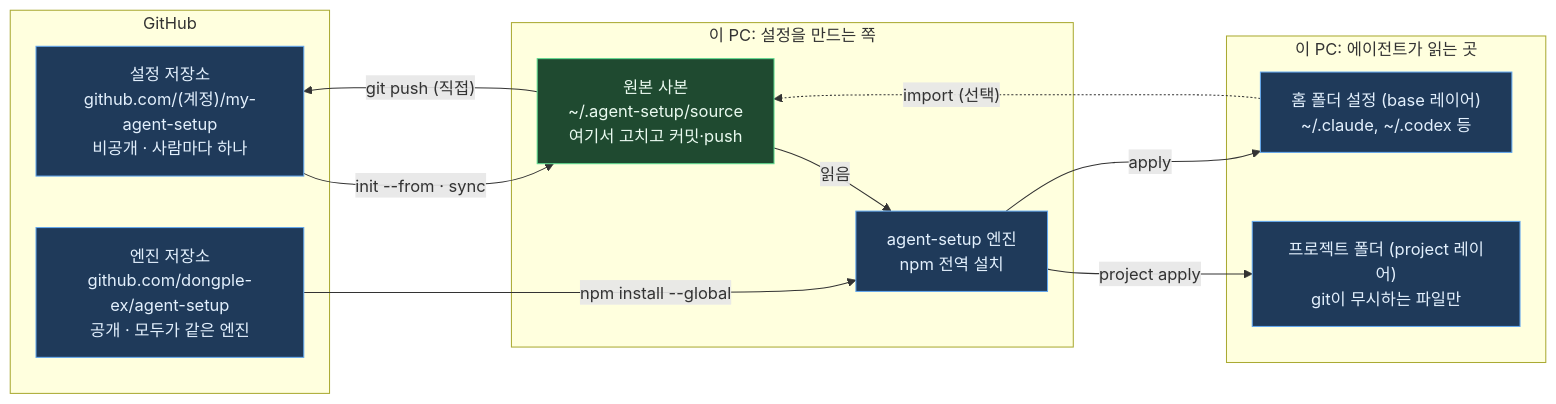
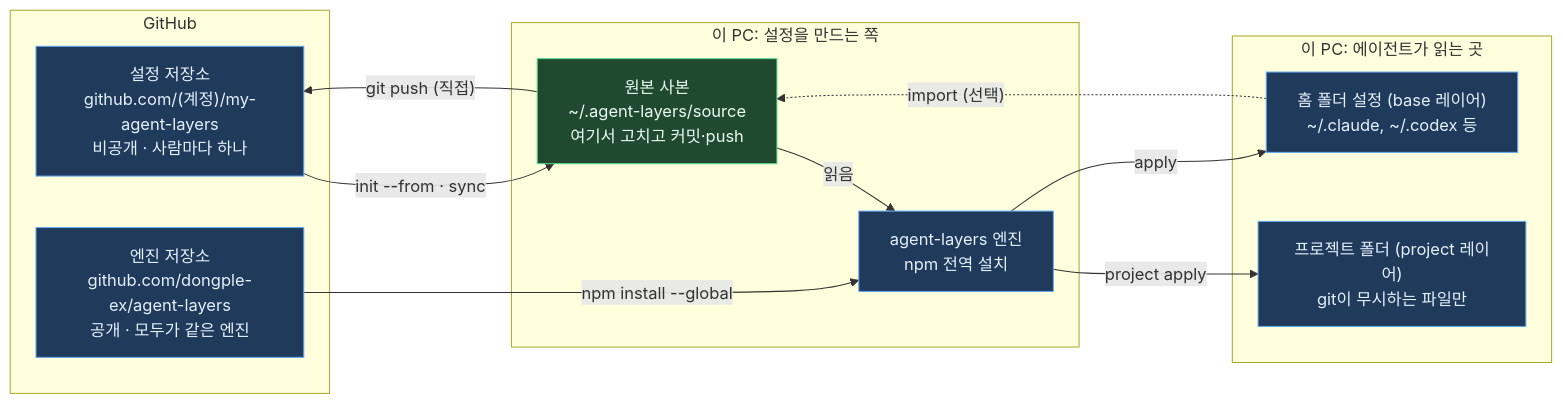
The diagram in docs/GUIDE.ko.md (dongple-ex/agent-layers), drawn with Mermaid before and after one commit. The commit also changed other lines of this file and 31 other files, not shown here.

First line of the commit message:
Rename the tool to agent-layers and prepare the npm release

````diff
--- a/docs/GUIDE.ko.md
+++ b/docs/GUIDE.ko.md
@@ -68,28 +66,28 @@
 ```mermaid
 flowchart LR
   subgraph GH["GitHub"]
-    SR["설정 저장소<br/>github.com/(계정)/my-agent-setup<br/>비공개 · 사람마다 하나"]
-    ER["엔진 저장소<br/>github.com/dongple-ex/agent-setup<br/>공개 · 모두가 같은 엔진"]
+    SR["설정 저장소<br/>github.com/(계정)/my-agent-layers<br/>비공개 · 사람마다 하나"]
+    ER["엔진 저장소<br/>github.com/dongple-ex/agent-layers<br/>공개 · 모두가 같은 엔진"]
   end
   subgraph PC["이 PC: 설정을 만드는 쪽"]
-    SRC["원본 사본<br/>~/.agent-setup/source<br/>여기서 고치고 커밋·push"]
-    ENG["agent-setup 엔진<br/>npm 전역 설치"]
+    SRC["원본 사본<br/>~/.agent-layers/source<br/>여기서 고치고 커밋·push"]
+    ENG["agent-layers 엔진<br/>npm 전역 설치"]
   end
   subgraph AG["이 PC: 에이전트가 읽는 곳"]
     HOME["홈 폴더 설정 (base 레이어)<br/>~/.claude, ~/.codex 등"]
     PROJ["프로젝트 폴더 (project 레이어)<br/>git이 무시하는 파일만"]
   end
   SR -- "init --from · sync" --> SRC
   SRC -- "git push (직접)" --> SR
   ER -- "npm install --global" --> ENG
   SRC -- "읽음" --> ENG
   ENG -- "apply" --> HOME
   ENG -- "project apply" --> PROJ
   HOME -. "import (선택)" .-> SRC
   style SRC fill:#1f4a30,stroke:#5ddb8f,color:#eafaf0
   style SR fill:#1f3a5a,stroke:#63a8f0,color:#e3f0fd
   style ER fill:#1f3a5a,stroke:#63a8f0,color:#e3f0fd
   style ENG fill:#1f3a5a,stroke:#63a8f0,color:#e3f0fd
   style HOME fill:#1f3a5a,stroke:#63a8f0,color:#e3f0fd
   style PROJ fill:#1f3a5a,stroke:#63a8f0,color:#e3f0fd
 ```
````
